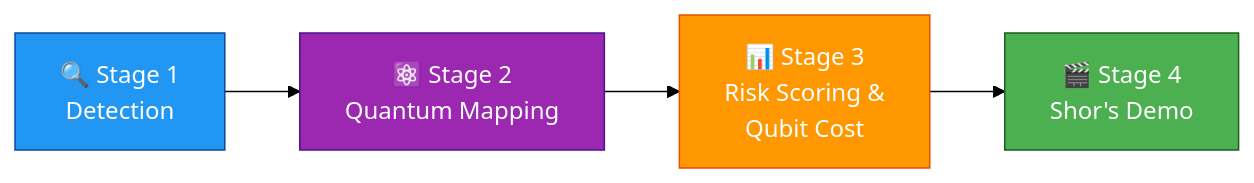
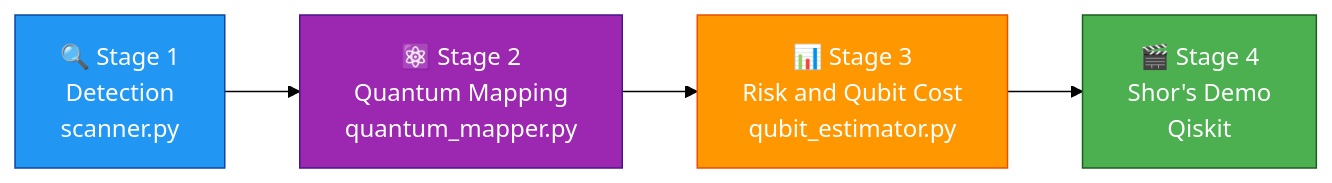
The diagram in README.md (VaibhavGautam01/PQC-Migration-System), drawn with Mermaid (forest theme) before and after one commit. The commit also changed other lines of this file and 1 other file, not shown here.

````diff
--- a/README.md
+++ b/README.md
@@ -51,11 +65,11 @@
 ```mermaid
 flowchart LR
-    A["🔍 Stage 1<br/>Detection"] --> B["⚛️ Stage 2<br/>Quantum Mapping"]
-    B --> C["📊 Stage 3<br/>Risk Scoring &<br/>Qubit Cost"]
-    C --> D["🎬 Stage 4<br/>Shor's Demo"]
+    A["🔍 Stage 1<br/>Detection<br/>scanner.py"] --> B["⚛️ Stage 2<br/>Quantum Mapping<br/>quantum_mapper.py"]
+    B --> C["📊 Stage 3<br/>Risk and Qubit Cost<br/>qubit_estimator.py"]
+    C --> D["🎬 Stage 4<br/>Shor's Demo<br/>Qiskit"]
 
     style A fill:#2196F3,stroke:#0D47A1,color:#fff
     style B fill:#9C27B0,stroke:#4A148C,color:#fff
     style C fill:#FF9800,stroke:#E65100,color:#fff
     style D fill:#4CAF50,stroke:#1B5E20,color:#fff
 ```
````
